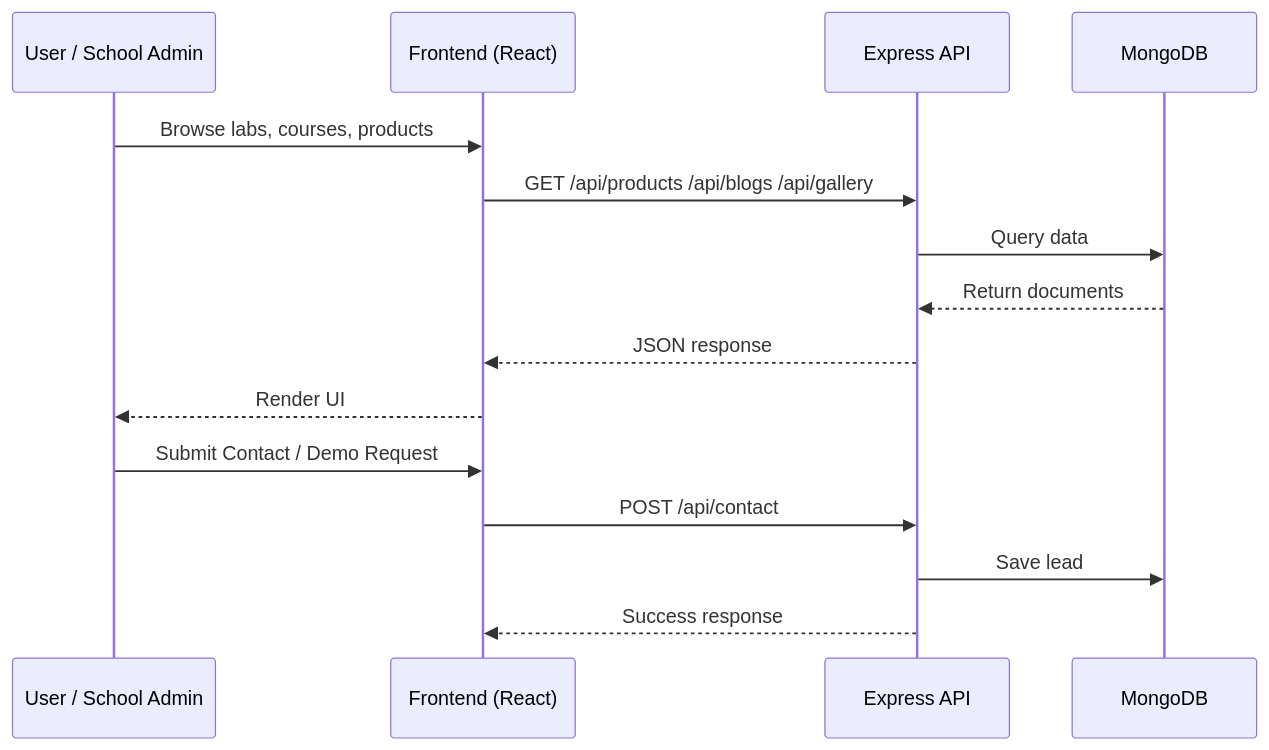
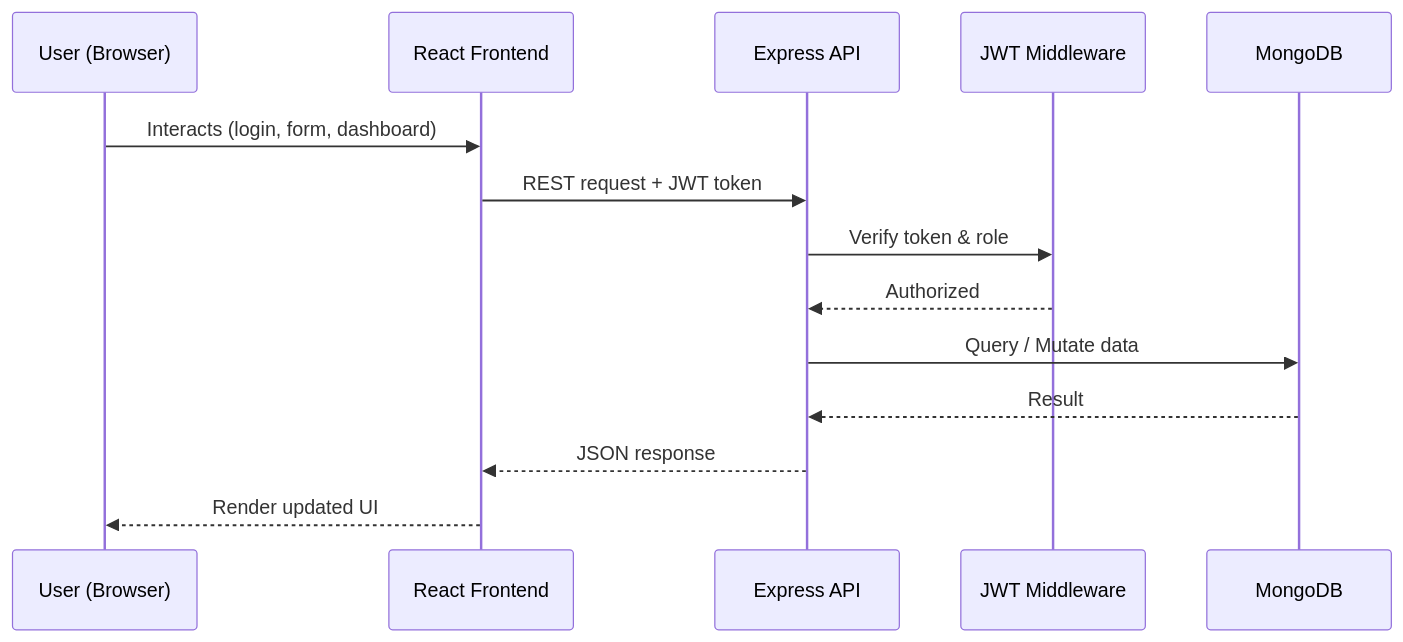
One commit to Akshatsrii/RoboLearn changed the second of 3 diagrams in README.md. Above: the diagram before and after it, drawn with Mermaid. The commit also changed other lines of this file, not shown here.

````diff
--- a/README.md
+++ b/README.md
@@ -67,19 +97,17 @@
 ```mermaid
 sequenceDiagram
-    participant U as User / School Admin
-    participant F as Frontend (React)
+    participant U as User (Browser)
+    participant F as React Frontend
     participant API as Express API
+    participant Auth as JWT Middleware
     participant DB as MongoDB
 
-    U->>F: Browse labs, courses, products
-    F->>API: GET /api/products /api/blogs /api/gallery
-    API->>DB: Query data
-    DB-->>API: Return documents
+    U->>F: Interacts (login, form, dashboard)
+    F->>API: REST request + JWT token
+    API->>Auth: Verify token & role
+    Auth-->>API: Authorized
+    API->>DB: Query / Mutate data
+    DB-->>API: Result
     API-->>F: JSON response
-    F-->>U: Render UI
-
-    U->>F: Submit Contact / Demo Request
-    F->>API: POST /api/contact
-    API->>DB: Save lead
-    API-->>F: Success response
+    F-->>U: Render updated UI
 ```
````
